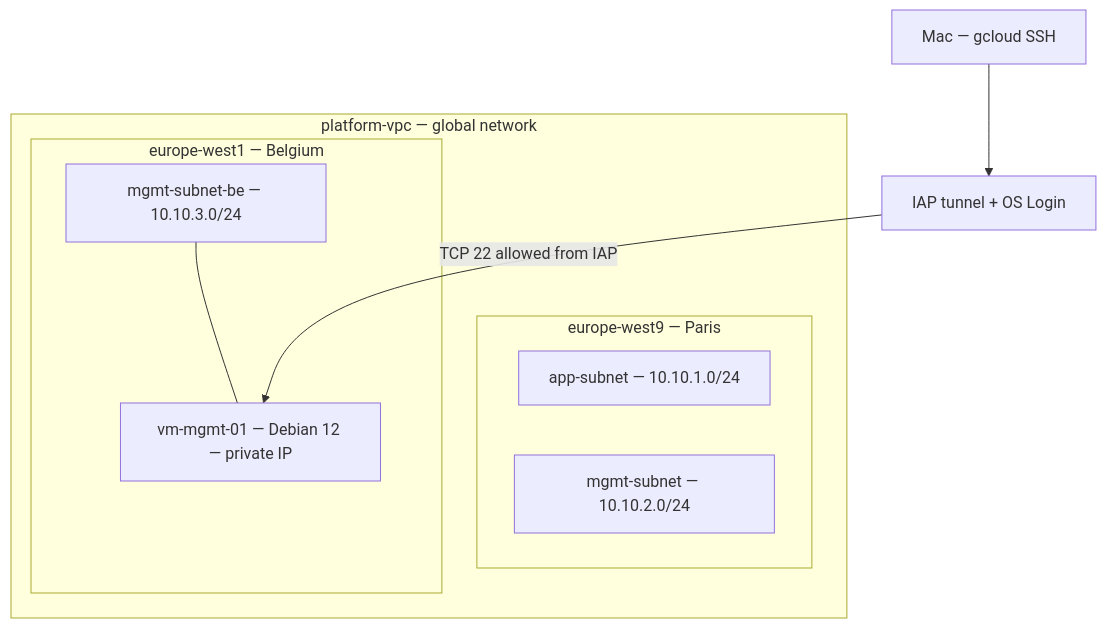
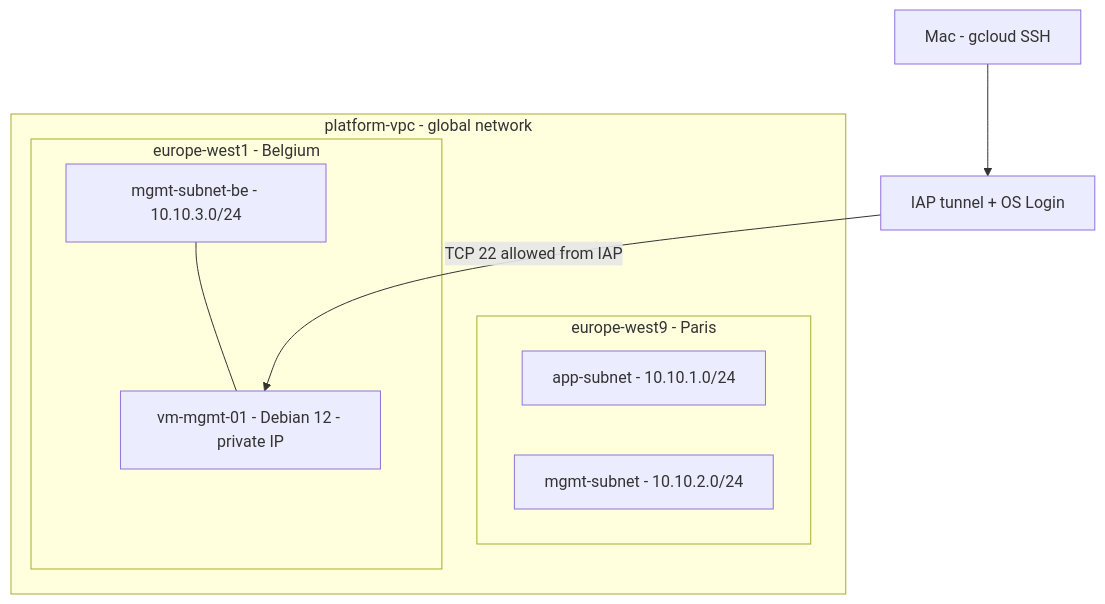
The diagram in docs/lab-01-gcp-foundations.md (chmod777/cloud-platform-engineering), drawn with Mermaid before and after one commit. The commit also changed other lines of this file and 9 other files, not shown here.

````diff
--- a/docs/lab-01-gcp-foundations.md
+++ b/docs/lab-01-gcp-foundations.md
@@ -19,16 +19,16 @@
 ```mermaid
 flowchart TD
-    Mac[Mac — gcloud SSH] --> IAP[IAP tunnel + OS Login]
-    subgraph VPC[platform-vpc — global network]
-        subgraph Paris[europe-west9 — Paris]
-            App[app-subnet — 10.10.1.0/24]
-            Mgmt[mgmt-subnet — 10.10.2.0/24]
+    Mac[Mac - gcloud SSH] --> IAP[IAP tunnel + OS Login]
+    subgraph VPC[platform-vpc - global network]
+        subgraph Paris[europe-west9 - Paris]
+            App[app-subnet - 10.10.1.0/24]
+            Mgmt[mgmt-subnet - 10.10.2.0/24]
         end
-        subgraph Belgium[europe-west1 — Belgium]
-            BE[mgmt-subnet-be — 10.10.3.0/24]
-            VM[vm-mgmt-01 — Debian 12 — private IP]
+        subgraph Belgium[europe-west1 - Belgium]
+            BE[mgmt-subnet-be - 10.10.3.0/24]
+            VM[vm-mgmt-01 - Debian 12 - private IP]
             BE --- VM
         end
     end
     IAP -->|TCP 22 allowed from IAP| VM
 ```
````
